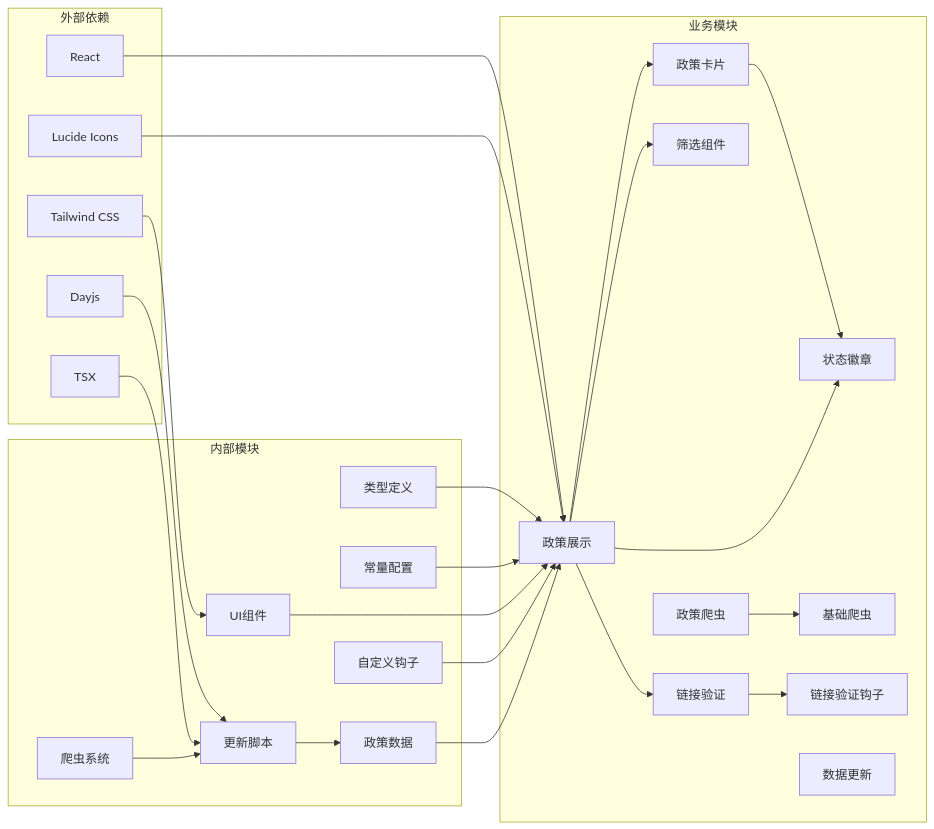
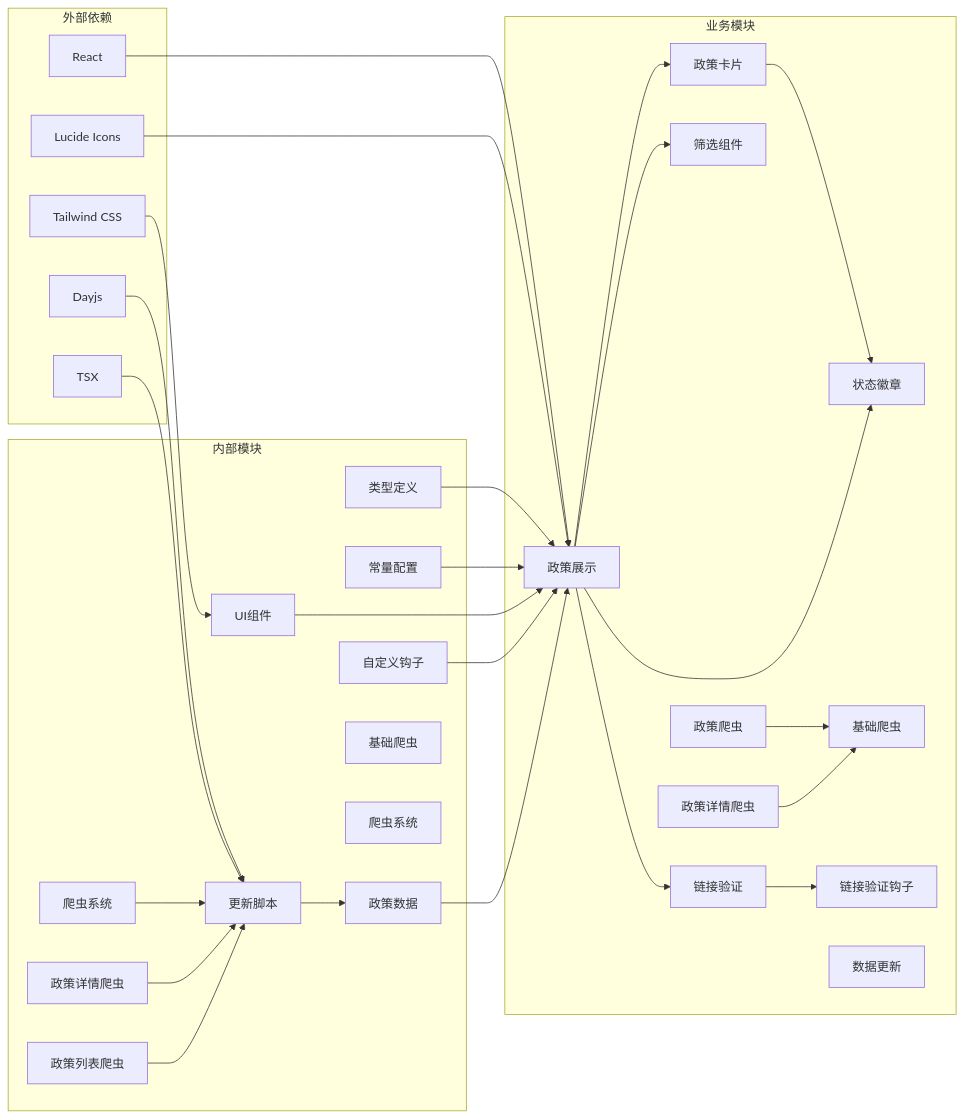
The ninth of 9 diagrams in .qoder/repowiki/zh/content/数据管理/政策数据管理/政策数据管理.md (liangxuanliang-cmd/carbon-info-agent), drawn with Mermaid before and after one commit. The commit also changed other lines of this file and 8 other files, not shown here.

````diff
--- a/.qoder/repowiki/zh/content/数据管理/政策数据管理/政策数据管理.md
+++ b/.qoder/repowiki/zh/content/数据管理/政策数据管理/政策数据管理.md
@@ -423,49 +482,57 @@
 ```mermaid
 graph LR
 subgraph "外部依赖"
 React[React]
 Lucide[Lucide Icons]
 Tailwind[Tailwind CSS]
 Dayjs[Dayjs]
 TSX[TSX]
 end
 subgraph "内部模块"
 Types[类型定义]
 Constants[常量配置]
 Data[政策数据]
 Components[UI组件]
 Hooks[自定义钩子]
 Crawler[爬虫系统]
 UpdateScript[更新脚本]
+DetailCrawler[政策详情爬虫]
+ListCrawler[政策列表爬虫]
+BaseCrawler[基础爬虫]
+EndCrawler[爬虫系统]
 end
 subgraph "业务模块"
 PolicySection[政策展示]
 PolicyCard[政策卡片]
 TabFilter[筛选组件]
 Badge[状态徽章]
 LinkValidator[链接验证]
 usePolicyLinkValidation[链接验证钩子]
 policyCrawler[政策爬虫]
+policyDetailCrawler[政策详情爬虫]
 baseCrawler[基础爬虫]
 updateData[数据更新]
 end
 React --> PolicySection
 Lucide --> PolicySection
 Tailwind --> Components
 Dayjs --> UpdateScript
 TSX --> UpdateScript
 Types --> PolicySection
 Constants --> PolicySection
 Data --> PolicySection
 Components --> PolicySection
 Hooks --> PolicySection
 Crawler --> UpdateScript
 UpdateScript --> Data
+DetailCrawler --> UpdateScript
+ListCrawler --> UpdateScript
 PolicySection --> PolicyCard
 PolicySection --> TabFilter
 PolicySection --> Badge
 PolicySection --> LinkValidator
 PolicyCard --> Badge
 LinkValidator --> usePolicyLinkValidation
 policyCrawler --> baseCrawler
+policyDetailCrawler --> baseCrawler
 ```
````
